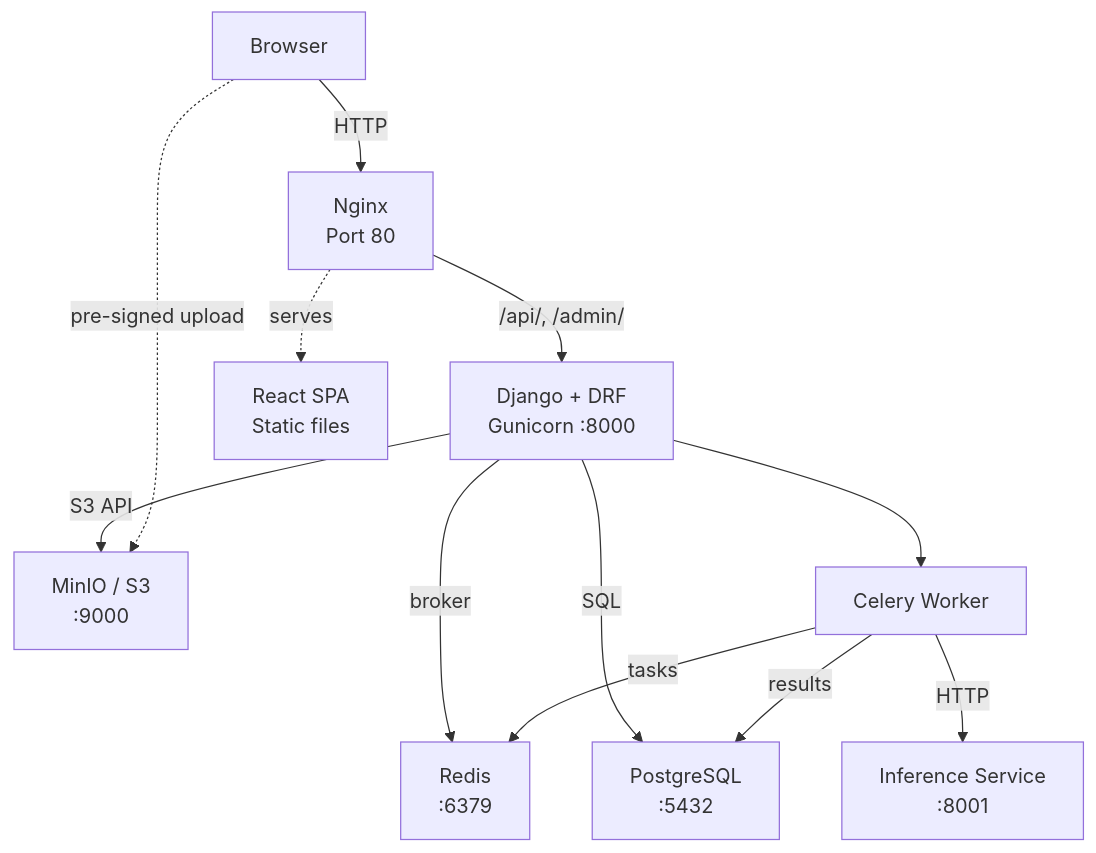
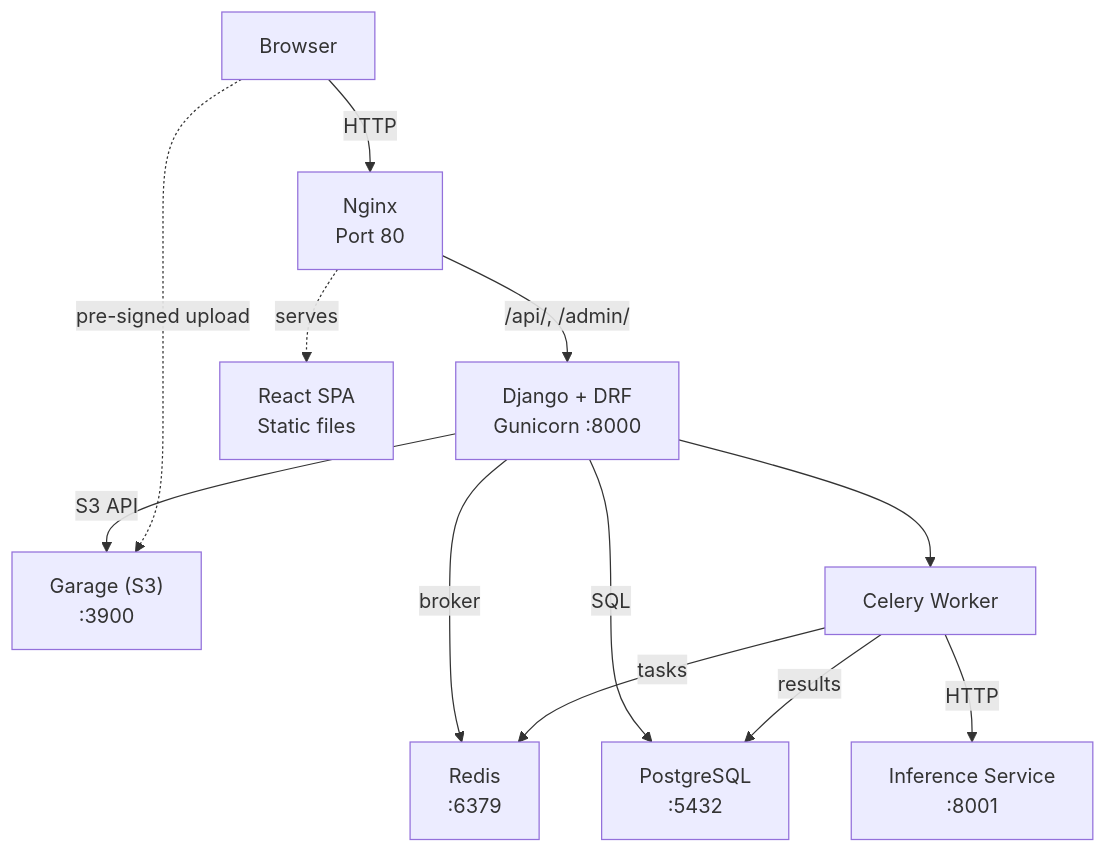
The first of 3 diagrams in docs/architecture.md (fyassine/RecurrSens), drawn with Mermaid before and after one commit. The commit also changed other lines of this file and 24 other files, not shown here.

First line of the commit message:
feat(storage): replace MinIO with Garage (#48)

````diff
--- a/docs/architecture.md
+++ b/docs/architecture.md
@@ -20,14 +20,14 @@
 ```mermaid
 graph TD
     Browser[Browser] -->|HTTP| Nginx["Nginx\nPort 80"]
     Nginx -->|/api/, /admin/| Django["Django + DRF\nGunicorn :8000"]
     Nginx -.->|serves| React["React SPA\nStatic files"]
     Django -->|broker| Redis["Redis\n:6379"]
     Django -->|SQL| PG["PostgreSQL\n:5432"]
-    Django -->|S3 API| MinIO["MinIO / S3\n:9000"]
+    Django -->|S3 API| Garage["Garage (S3)\n:3900"]
     Django --> Celery["Celery Worker"]
     Celery -->|tasks| Redis
     Celery -->|results| PG
     Celery -->|HTTP| Inference["Inference Service\n:8001"]
-    Browser -.->|pre-signed upload| MinIO
+    Browser -.->|pre-signed upload| Garage
 ```
````
